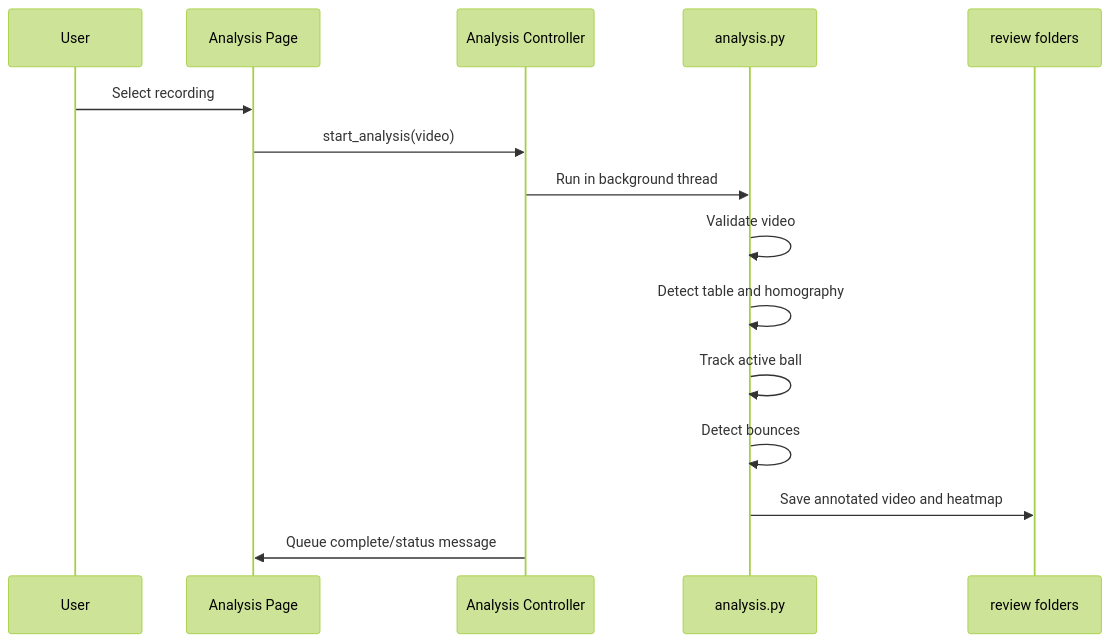
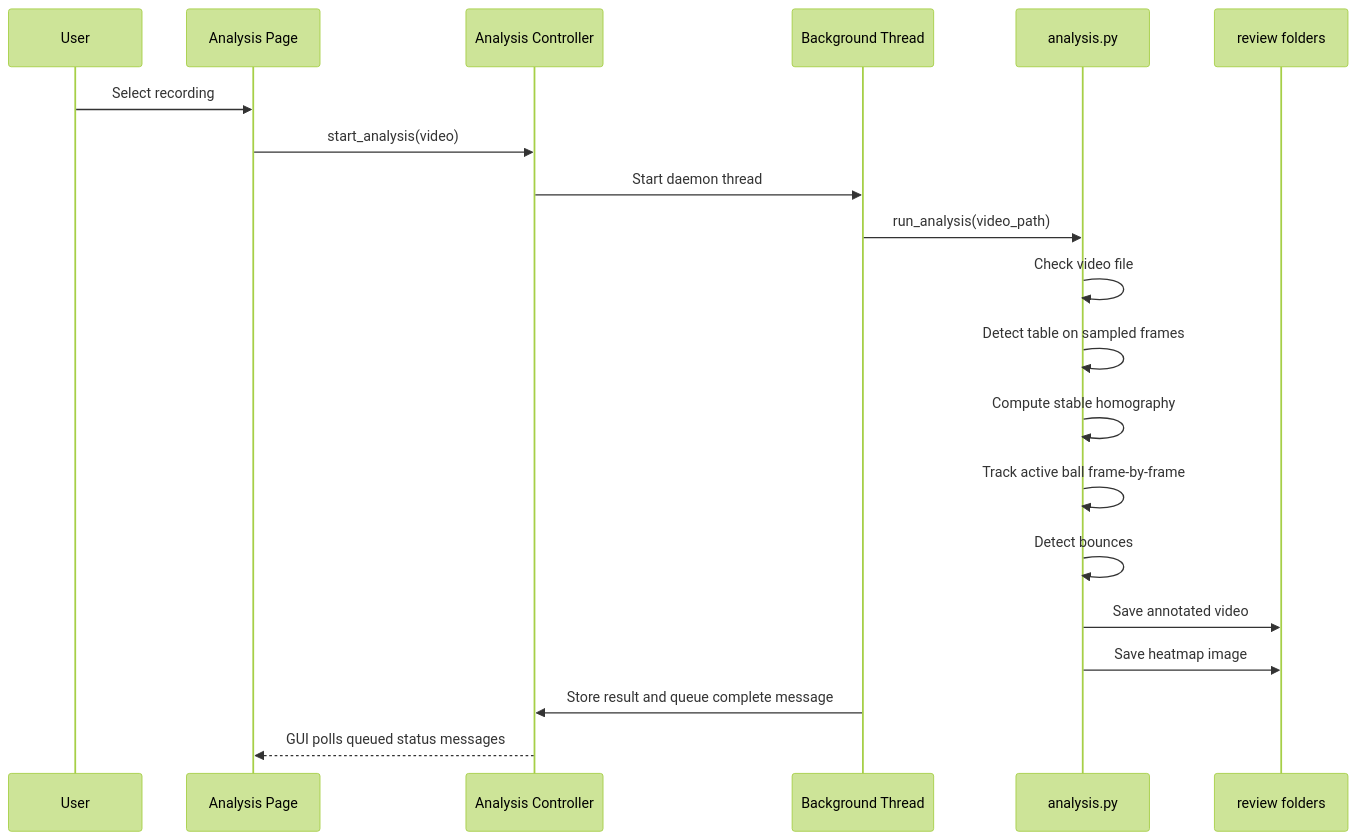
The third of 4 diagrams in jetson/docs/software_architecture.md (CoulterRolph/Capstone_Opencv), drawn with Mermaid (forest theme) before and after one commit. The commit also changed other lines of this file and 3 other files, not shown here.

````diff
--- a/jetson/docs/software_architecture.md
+++ b/jetson/docs/software_architecture.md
@@ -144,18 +206,23 @@
 ```mermaid
 sequenceDiagram
     participant U as User
     participant AP as Analysis Page
     participant AC as Analysis Controller
-    participant P as analysis.py
-    participant R as review folders
+    participant Worker as Background Thread
+    participant Pipeline as analysis.py
+    participant Outputs as review folders
 
     U->>AP: Select recording
     AP->>AC: start_analysis(video)
-    AC->>P: Run in background thread
-    P->>P: Validate video
-    P->>P: Detect table and homography
-    P->>P: Track active ball
-    P->>P: Detect bounces
-    P->>R: Save annotated video and heatmap
-    AC->>AP: Queue complete/status message
+    AC->>Worker: Start daemon thread
+    Worker->>Pipeline: run_analysis(video_path)
+    Pipeline->>Pipeline: Check video file
+    Pipeline->>Pipeline: Detect table on sampled frames
+    Pipeline->>Pipeline: Compute stable homography
+    Pipeline->>Pipeline: Track active ball frame-by-frame
+    Pipeline->>Pipeline: Detect bounces
+    Pipeline->>Outputs: Save annotated video
+    Pipeline->>Outputs: Save heatmap image
+    Worker->>AC: Store result and queue complete message
+    AC-->>AP: GUI polls queued status messages
 ```
````
